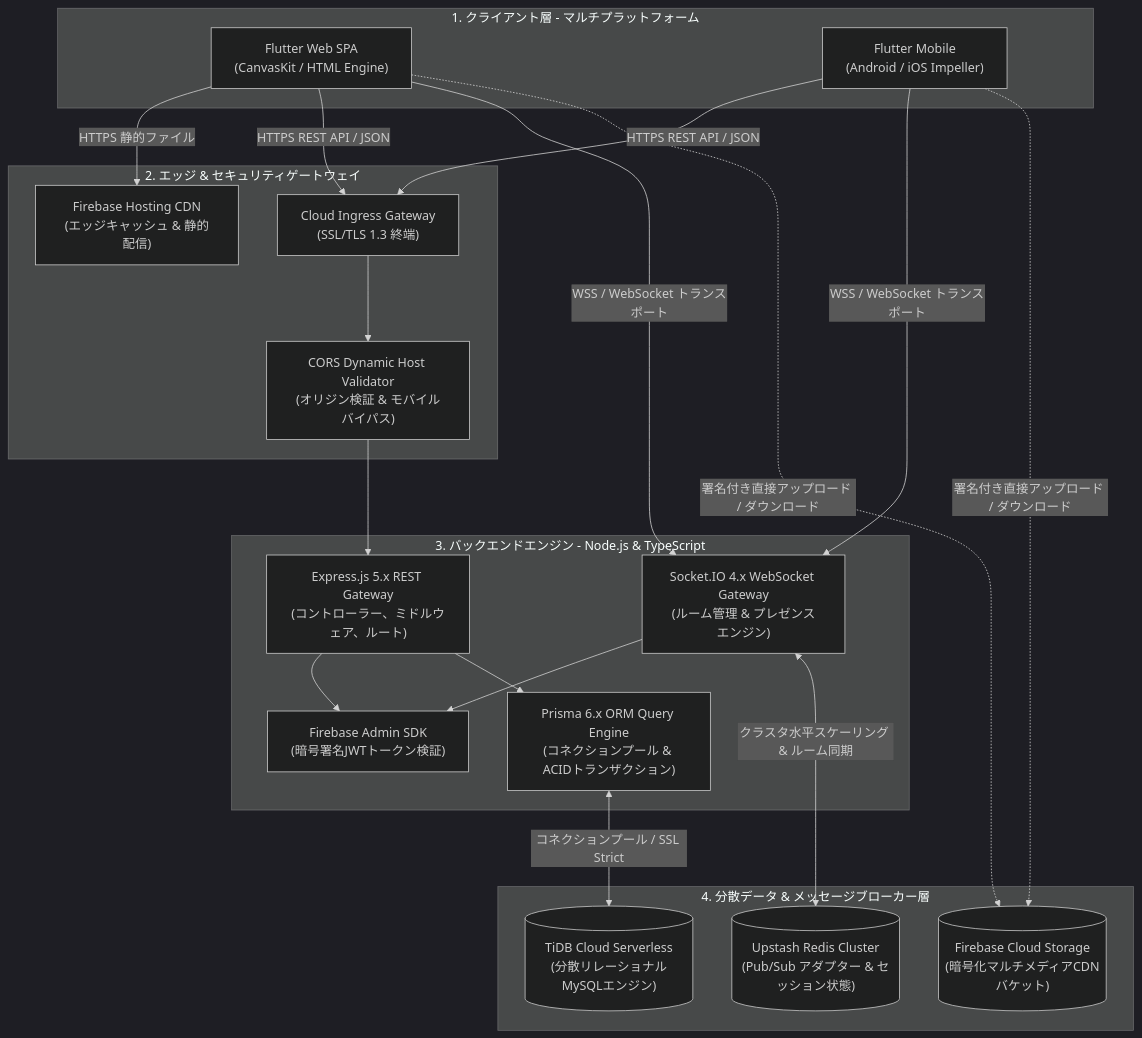
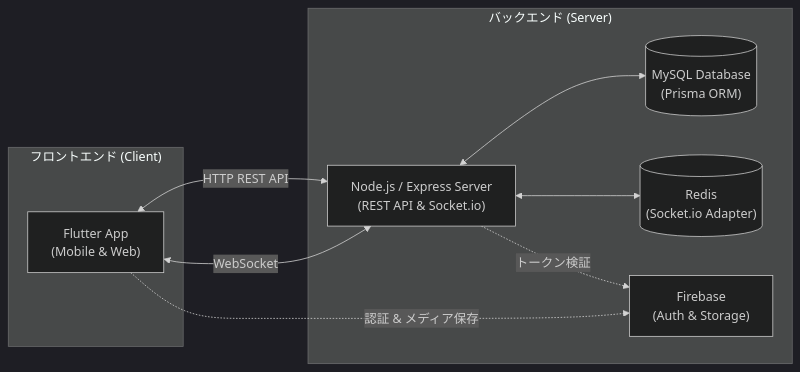
Before and after one commit to aimachinius/Thread-City-: the diagram in README.ja.md, drawn with Mermaid (dark theme). The commit also changed other lines of this file and 2 other files, not shown here.

````diff
--- a/README.ja.md
+++ b/README.ja.md
@@ -28,44 +36,20 @@
 ```mermaid
-graph TD
-    subgraph ClientLayer ["1. クライアント層 - マルチプラットフォーム"]
-        WebClient["Flutter Web SPA<br/>(CanvasKit / HTML Engine)"]
-        MobileClient["Flutter Mobile<br/>(Android / iOS Impeller)"]
+graph LR
+    subgraph Client ["フロントエンド (Client)"]
+        FlutterApp["Flutter App<br/>(Mobile & Web)"]
     end
 
-    subgraph EdgeLayer ["2. エッジ & セキュリティゲートウェイ"]
-        CDN["Firebase Hosting CDN<br/>(エッジキャッシュ & 静的配信)"]
-        ReverseProxy["Cloud Ingress Gateway<br/>(SSL/TLS 1.3 終端)"]
-        CORS["CORS Dynamic Host Validator<br/>(オリジン検証 & モバイルバイパス)"]
+    subgraph ServerSide ["バックエンド (Server)"]
+        NodeServer["Node.js / Express Server<br/>(REST API & Socket.io)"]
+        DB[("MySQL Database<br/>(Prisma ORM)")]
+        RedisDB[("Redis<br/>(Socket.io Adapter)")]
+        FirebaseServ["Firebase<br/>(Auth & Storage)"]
     end
 
-    subgraph AppLayer ["3. バックエンドエンジン - Node.js & TypeScript"]
-        ExpressApp["Express.js 5.x REST Gateway<br/>(コントローラー、ミドルウェア、ルート)"]
-        SocketEngine["Socket.IO 4.x WebSocket Gateway<br/>(ルーム管理 & プレゼンスエンジン)"]
-        AuthGuard["Firebase Admin SDK<br/>(暗号署名JWTトークン検証)"]
-        PrismaEngine["Prisma 6.x ORM Query Engine<br/>(コネクションプール & ACIDトランザクション)"]
-    end
-
-    subgraph DataLayer ["4. 分散データ & メッセージブローカー層"]
-        RedisCluster[("Upstash Redis Cluster<br/>(Pub/Sub アダプター & セッション状態)")]
-        DistributedDB[("TiDB Cloud Serverless<br/>(分散リレーショナルMySQLエンジン)")]
-        MediaStorage[("Firebase Cloud Storage<br/>(暗号化マルチメディアCDNバケット)")]
-    end
-
-    WebClient -->|"HTTPS 静的ファイル"| CDN
-    WebClient -->|"HTTPS REST API / JSON"| ReverseProxy
-    MobileClient -->|"HTTPS REST API / JSON"| ReverseProxy
-    WebClient -->|"WSS / WebSocket トランスポート"| SocketEngine
-    MobileClient -->|"WSS / WebSocket トランスポート"| SocketEngine
-
-    ReverseProxy --> CORS
-    CORS --> ExpressApp
-
-    ExpressApp --> AuthGuard
-    SocketEngine --> AuthGuard
-
-    ExpressApp --> PrismaEngine
-    SocketEngine <-->|"クラスタ水平スケーリング & ルーム同期"| RedisCluster
-    PrismaEngine <-->|"コネクションプール / SSL Strict"| DistributedDB
-    WebClient -.->|"署名付き直接アップロード / ダウンロード"| MediaStorage
-    MobileClient -.->|"署名付き直接アップロード / ダウンロード"| MediaStorage
+    FlutterApp <-->|"HTTP REST API"| NodeServer
+    FlutterApp <-->|"WebSocket"| NodeServer
+    FlutterApp -.->|"認証 & メディア保存"| FirebaseServ
+    NodeServer <--> DB
+    NodeServer <--> RedisDB
+    NodeServer -.->|"トークン検証"| FirebaseServ
 ```
````
